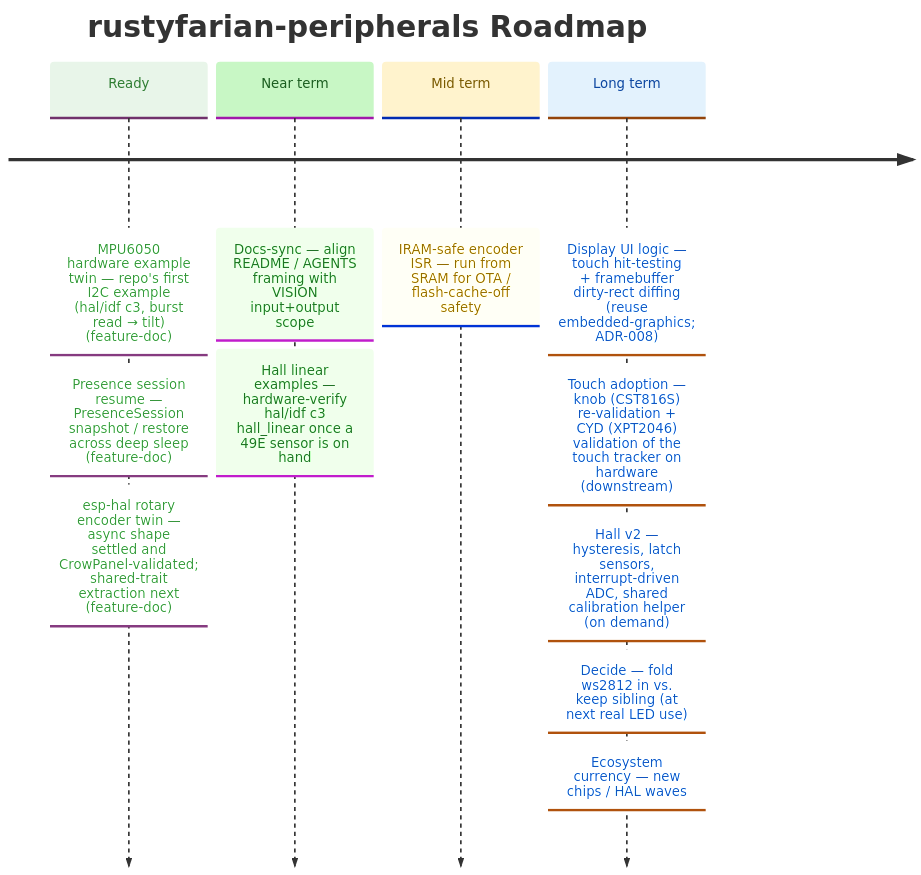
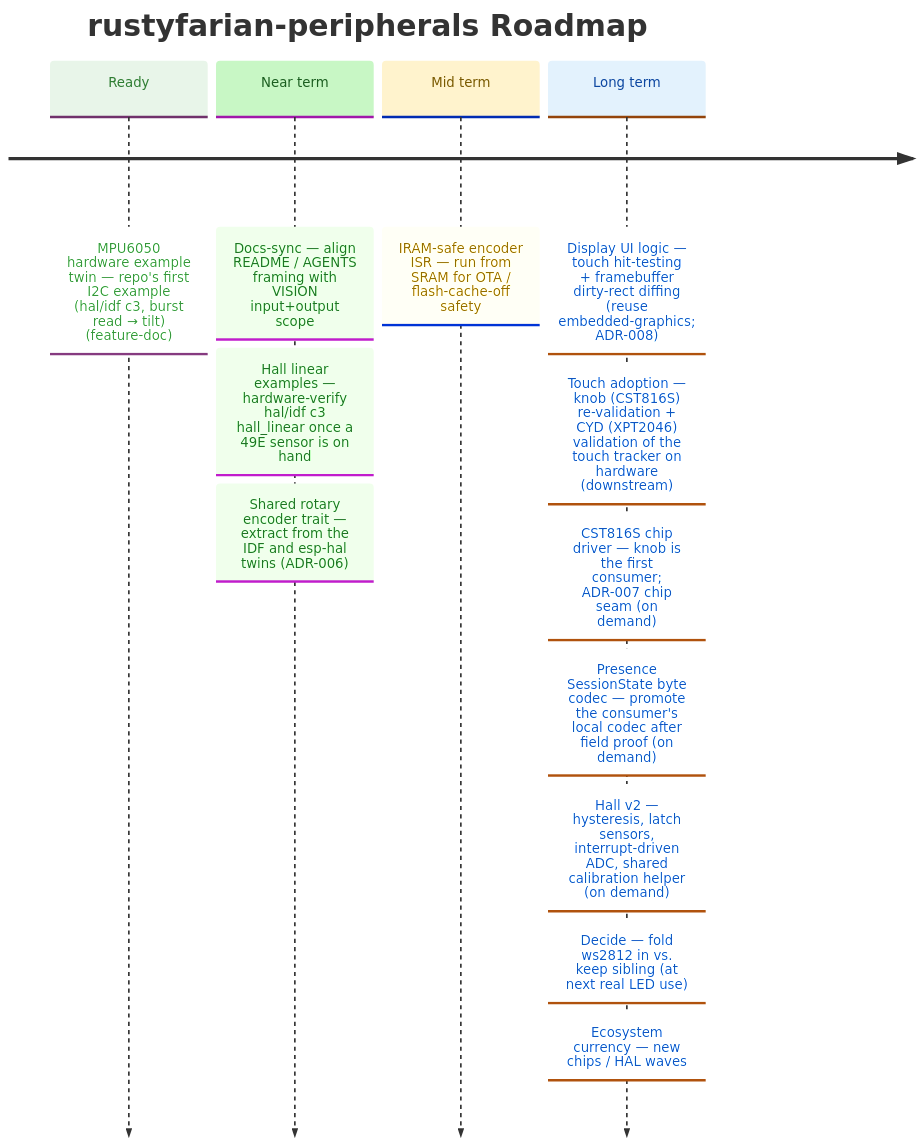
The diagram in docs/ROADMAP.md (datenkollektiv/rustyfarian-peripherals), drawn with Mermaid before and after one commit. The commit also changed other lines of this file and 3 other files, not shown here.

Commit message:
Roadmap Hygiene 2026-10-15

````diff
--- a/docs/ROADMAP.md
+++ b/docs/ROADMAP.md
@@ -10,33 +10,34 @@
 ```mermaid
 %%{init: {
   "theme": "base",
   "themeVariables": {
     "cScale0": "#e8f5e9",
     "cScaleLabel0": "#2e7d32",
     "cScale1": "#c8f7c5",
     "cScaleLabel1": "#1b5e20",
     "cScale2": "#fff3cd",
     "cScaleLabel2": "#7a5a00",
     "cScale3": "#e3f2fd",
     "cScaleLabel3": "#0d47a1"
   }
 }}%%
 
 timeline
     title rustyfarian-peripherals Roadmap
 
     Ready     : MPU6050 hardware example twin — repo's first I2C example (hal/idf c3, burst read → tilt) (feature-doc)
-              : Presence session resume — PresenceSession snapshot / restore across deep sleep (feature-doc)
-              : esp-hal rotary encoder twin — async shape settled and CrowPanel-validated; shared-trait extraction next (feature-doc)
 
     Near term : Docs-sync — align README / AGENTS framing with VISION input+output scope
               : Hall linear examples — hardware-verify hal/idf c3 hall_linear once a 49E sensor is on hand
+              : Shared rotary encoder trait — extract from the IDF and esp-hal twins (ADR-006)
 
     Mid term  : IRAM-safe encoder ISR — run from SRAM for OTA / flash-cache-off safety
 
     Long term : Display UI logic — touch hit-testing + framebuffer dirty-rect diffing (reuse embedded-graphics; ADR-008)
               : Touch adoption — knob (CST816S) re-validation + CYD (XPT2046) validation of the touch tracker on hardware (downstream)
+              : CST816S chip driver — knob is the first consumer; ADR-007 chip seam (on demand)
+              : Presence SessionState byte codec — promote the consumer's local codec after field proof (on demand)
               : Hall v2 — hysteresis, latch sensors, interrupt-driven ADC, shared calibration helper (on demand)
               : Decide — fold ws2812 in vs. keep sibling (at next real LED use)
               : Ecosystem currency — new chips / HAL waves
 ```
````
